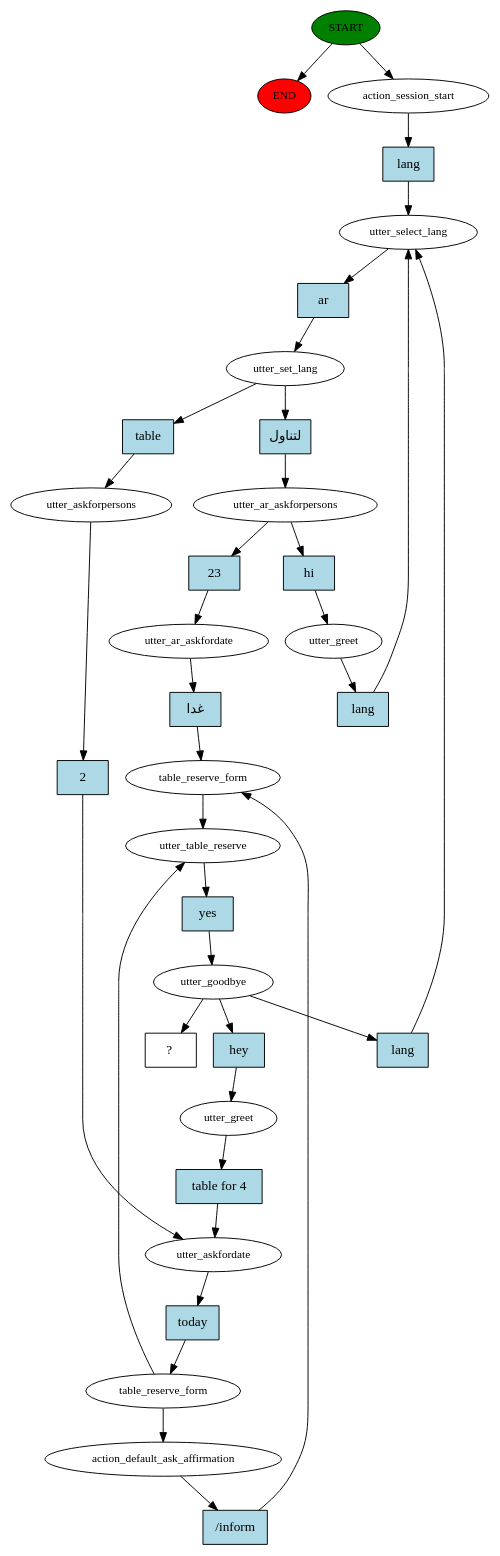
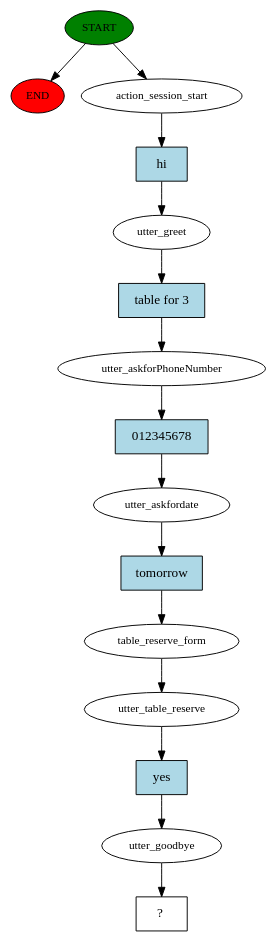
Before and after one commit to suhaibqaiser/botme: the diagram in botme-nlp/story_graph.dot, drawn with Graphviz. The commit also changed 24 other files, not shown here.

```diff
--- a/botme-nlp/story_graph.dot
+++ b/botme-nlp/story_graph.dot
@@ -1,70 +1,31 @@
 digraph  {
 0 [class="start active", fillcolor=green, fontsize=12, label=START, style=filled];
 "-1" [class=end, fillcolor=red, fontsize=12, label=END, style=filled];
 1 [class=active, fontsize=12, label=action_session_start];
-2 [class=active, fontsize=12, label=utter_select_lang];
-3 [class=active, fontsize=12, label=utter_set_lang];
-4 [class=active, fontsize=12, label=utter_ar_askforpersons];
-5 [class=active, fontsize=12, label=utter_greet];
-8 [class=active, fontsize=12, label=utter_askforpersons];
-9 [class=active, fontsize=12, label=utter_askfordate];
-10 [class=active, fontsize=12, label=table_reserve_form];
-11 [class=active, fontsize=12, label=action_default_ask_affirmation];
-12 [class=active, fontsize=12, label=table_reserve_form];
-13 [class=active, fontsize=12, label=utter_table_reserve];
-14 [class=active, fontsize=12, label=utter_goodbye];
-15 [class=active, fontsize=12, label=utter_greet];
-23 [class=active, fontsize=12, label=utter_ar_askfordate];
-27 [class="intent dashed active", label="  ?  ", shape=rect];
-28 [class="intent active", fillcolor=lightblue, label=lang, shape=rect, style=filled];
-29 [class="intent active", fillcolor=lightblue, label=ar, shape=rect, style=filled];
-30 [class="intent active", fillcolor=lightblue, label="لتناول", shape=rect, style=filled];
-31 [class="intent active", fillcolor=lightblue, label=table, shape=rect, style=filled];
-32 [class="intent active", fillcolor=lightblue, label=hi, shape=rect, style=filled];
-33 [class="intent active", fillcolor=lightblue, label=23, shape=rect, style=filled];
-34 [class="intent active", fillcolor=lightblue, label=lang, shape=rect, style=filled];
-35 [class="intent active", fillcolor=lightblue, label=2, shape=rect, style=filled];
-36 [class="intent active", fillcolor=lightblue, label=today, shape=rect, style=filled];
-37 [class="intent active", fillcolor=lightblue, label="/inform", shape=rect, style=filled];
-38 [class="intent active", fillcolor=lightblue, label=yes, shape=rect, style=filled];
-39 [class="intent active", fillcolor=lightblue, label=hey, shape=rect, style=filled];
-40 [class="intent active", fillcolor=lightblue, label=lang, shape=rect, style=filled];
-41 [class="intent active", fillcolor=lightblue, label="table for 4", shape=rect, style=filled];
-42 [class="intent active", fillcolor=lightblue, label="غدا", shape=rect, style=filled];
+2 [class=active, fontsize=12, label=utter_greet];
+3 [class=active, fontsize=12, label=utter_askforPhoneNumber];
+4 [class=active, fontsize=12, label=utter_askfordate];
+5 [class=active, fontsize=12, label=table_reserve_form];
+6 [class=active, fontsize=12, label=utter_table_reserve];
+7 [class=active, fontsize=12, label=utter_goodbye];
+8 [class="intent dashed active", label="  ?  ", shape=rect];
+9 [class="intent active", fillcolor=lightblue, label=hi, shape=rect, style=filled];
+10 [class="intent active", fillcolor=lightblue, label="table for 3", shape=rect, style=filled];
+11 [class="intent active", fillcolor=lightblue, label=012345678, shape=rect, style=filled];
+12 [class="intent active", fillcolor=lightblue, label=tomorrow, shape=rect, style=filled];
+13 [class="intent active", fillcolor=lightblue, label=yes, shape=rect, style=filled];
 0 -> "-1"  [class="", key=NONE, label=""];
 0 -> 1  [class=active, key=NONE, label=""];
-1 -> 28  [class=active, key=0];
-2 -> 29  [class=active, key=0];
-3 -> 30  [class=active, key=0];
-3 -> 31  [class=active, key=0];
-4 -> 32  [class=active, key=0];
-4 -> 33  [class=active, key=0];
-5 -> 34  [class=active, key=0];
-8 -> 35  [class=active, key=0];
-9 -> 36  [class=active, key=0];
-10 -> 11  [class=active, key=NONE, label=""];
-10 -> 13  [class=active, key=NONE, label=""];
-11 -> 37  [class=active, key=0];
-12 -> 13  [class=active, key=NONE, label=""];
-13 -> 38  [class=active, key=0];
-14 -> 27  [class=active, key=NONE, label=""];
-14 -> 39  [class=active, key=0];
-14 -> 40  [class=active, key=0];
-15 -> 41  [class=active, key=0];
-23 -> 42  [class=active, key=0];
-28 -> 2  [class=active, key=0];
-29 -> 3  [class=active, key=0];
-30 -> 4  [class=active, key=0];
-31 -> 8  [class=active, key=0];
-32 -> 5  [class=active, key=0];
-33 -> 23  [class=active, key=0];
-34 -> 2  [class=active, key=0];
-35 -> 9  [class=active, key=0];
-36 -> 10  [class=active, key=0];
-37 -> 12  [class=active, key=0];
-38 -> 14  [class=active, key=0];
-39 -> 15  [class=active, key=0];
-40 -> 2  [class=active, key=0];
-41 -> 9  [class=active, key=0];
-42 -> 12  [class=active, key=0];
+1 -> 9  [class=active, key=0];
+2 -> 10  [class=active, key=0];
+3 -> 11  [class=active, key=0];
+4 -> 12  [class=active, key=0];
+5 -> 6  [class=active, key=NONE, label=""];
+6 -> 13  [class=active, key=0];
+7 -> 8  [class=active, key=NONE, label=""];
+9 -> 2  [class=active, key=0];
+10 -> 3  [class=active, key=0];
+11 -> 4  [class=active, key=0];
+12 -> 5  [class=active, key=0];
+13 -> 7  [class=active, key=0];
 }
```
